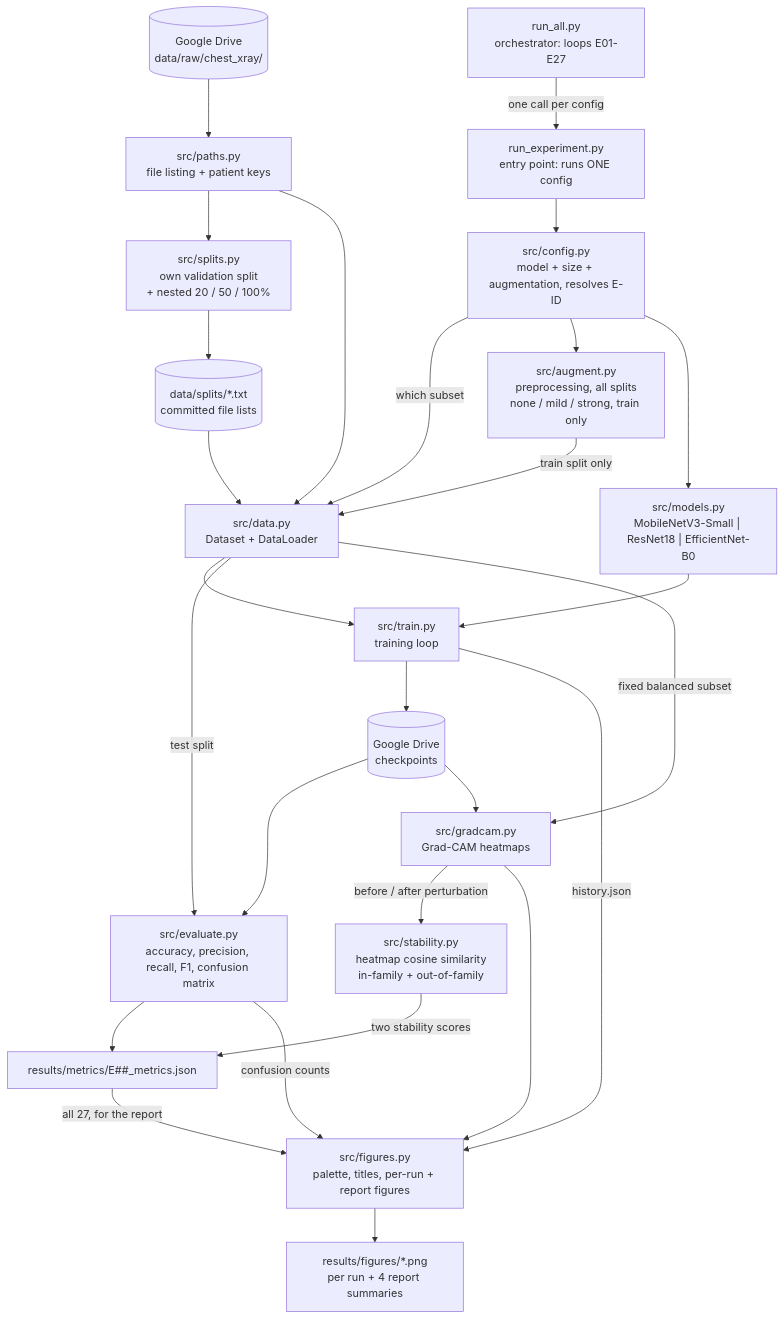
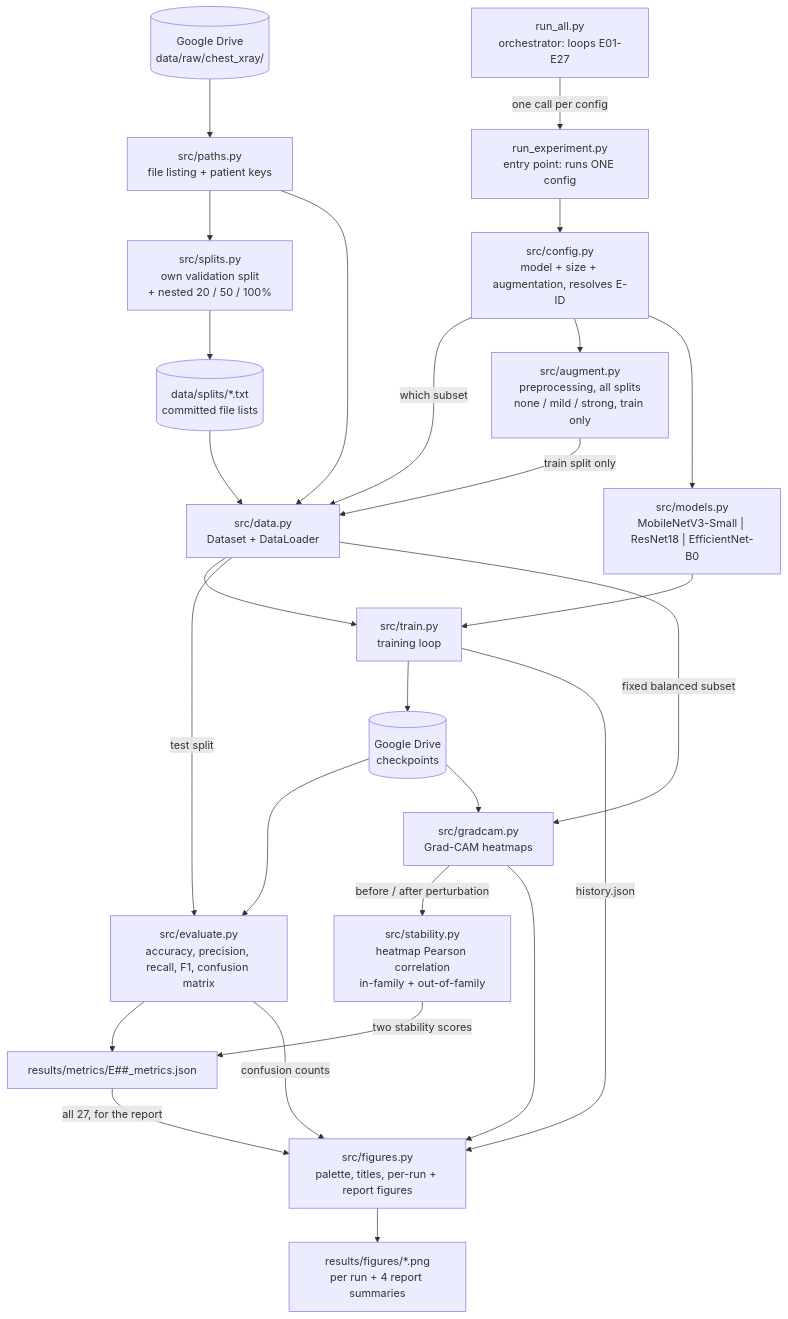
One commit to orbakish/limited-data-pneumonia-classification changed the diagram in docs/architecture.md. Above: the diagram before and after it, drawn with Mermaid. The commit also changed other lines of this file and 8 other files, not shown here.

````diff
--- a/docs/architecture.md
+++ b/docs/architecture.md
@@ -14,56 +14,56 @@
 ```mermaid
 flowchart TD
     RA["run_all.py<br/>orchestrator: loops E01-E27"]
     RE["run_experiment.py<br/>entry point: runs ONE config"]
     CFG["src/config.py<br/>model + size + augmentation, resolves E-ID"]
 
     RA -->|"one call per config"| RE
     RE --> CFG
 
     RAW[("Google Drive<br/>data/raw/chest_xray/")]
     PTH["src/paths.py<br/>file listing + patient keys"]
     SPL["src/splits.py<br/>own validation split<br/>+ nested 20 / 50 / 100%"]
     LST[("data/splits/*.txt<br/>committed file lists")]
     DS["src/data.py<br/>Dataset + DataLoader"]
     AUG["src/augment.py<br/>preprocessing, all splits<br/>none / mild / strong, train only"]
 
     RAW --> PTH
     PTH --> SPL
     SPL --> LST
     LST --> DS
     PTH --> DS
     CFG -->|"which subset"| DS
     AUG -->|"train split only"| DS
     CFG --> AUG
 
     MOD["src/models.py<br/>MobileNetV3-Small | ResNet18 | EfficientNet-B0"]
     TR["src/train.py<br/>training loop"]
     CKPT[("Google Drive<br/>checkpoints")]
 
     CFG --> MOD
     DS --> TR
     MOD --> TR
     TR --> CKPT
 
     EV["src/evaluate.py<br/>accuracy, precision, recall, F1, confusion matrix"]
     GC["src/gradcam.py<br/>Grad-CAM heatmaps"]
-    ST["src/stability.py<br/>heatmap cosine similarity<br/>in-family + out-of-family"]
+    ST["src/stability.py<br/>heatmap Pearson correlation<br/>in-family + out-of-family"]
 
     CKPT --> EV
     CKPT --> GC
     DS -->|"test split"| EV
     DS -->|"fixed balanced subset"| GC
     GC -->|"before / after perturbation"| ST
 
     FG["src/figures.py<br/>palette, titles, per-run + report figures"]
     MET["results/metrics/E##_metrics.json"]
     FIG["results/figures/*.png<br/>per run + 4 report summaries"]
 
     EV --> MET
     ST -->|"two stability scores"| MET
     EV -->|"confusion counts"| FG
     GC --> FG
     TR -->|"history.json"| FG
     MET -->|"all 27, for the report"| FG
     FG --> FIG
 ```
````
